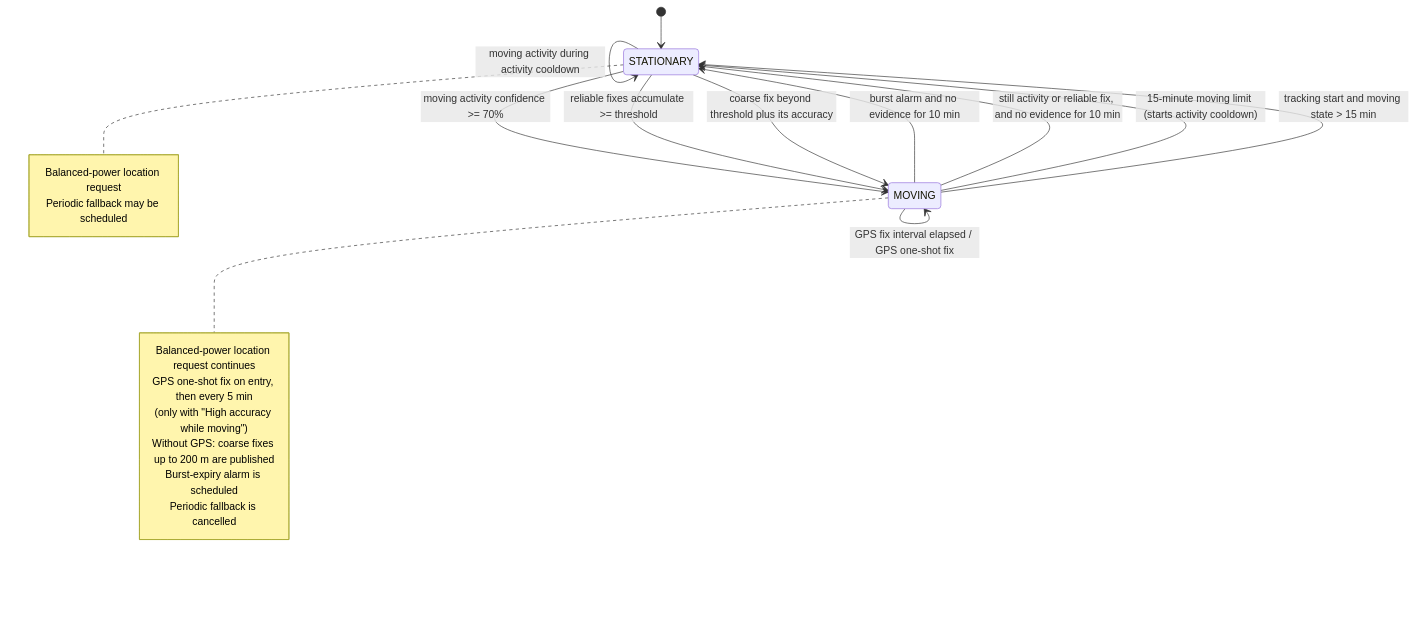
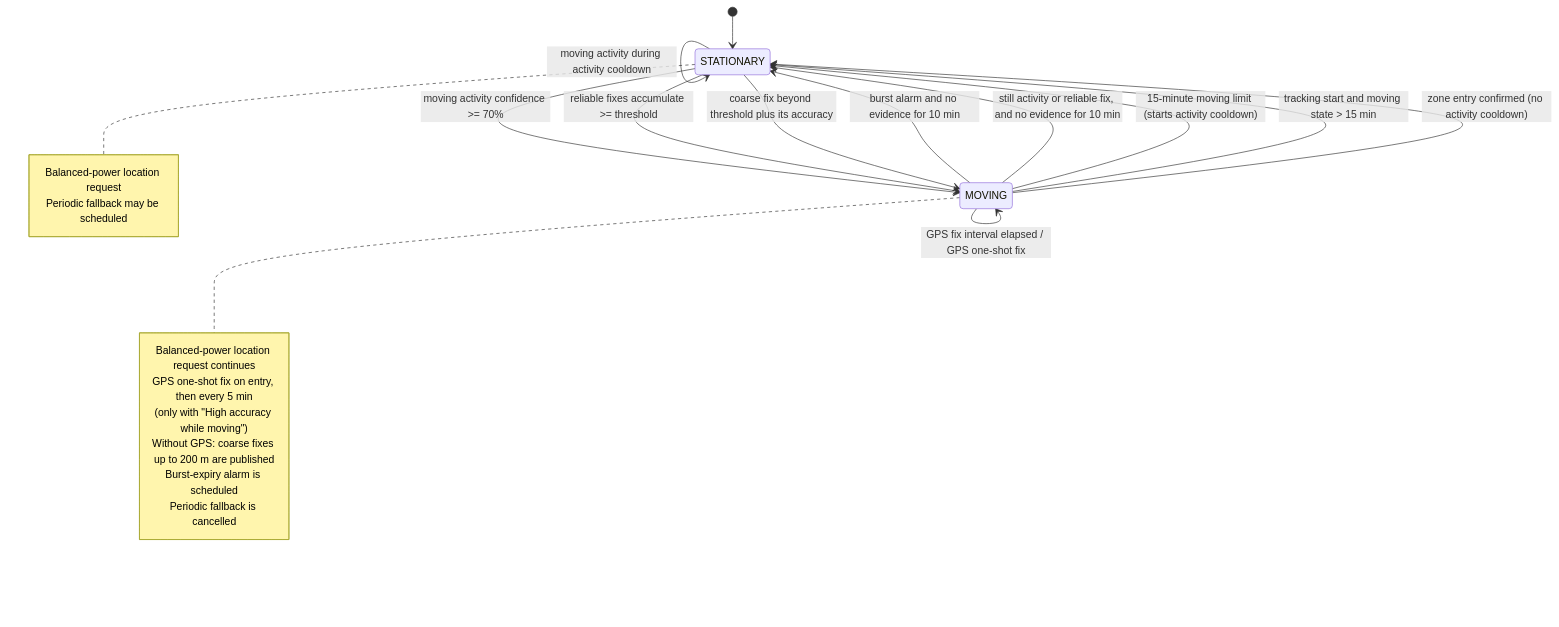
The first of 2 diagrams in docs/movement-state-diagram.md (cthulu/home-location), drawn with Mermaid before and after one commit. The commit also changed other lines of this file and 2 other files, not shown here.

Commit message:
fix: end moving mode when a zone entry is confirmed

````diff
--- a/docs/movement-state-diagram.md
+++ b/docs/movement-state-diagram.md
@@ -15,36 +15,37 @@
 ```mermaid
 stateDiagram-v2
     [*] --> STATIONARY
 
     STATIONARY --> MOVING: moving activity confidence >= 70%
     STATIONARY --> MOVING: reliable fixes accumulate >= threshold
     STATIONARY --> MOVING: coarse fix beyond threshold plus its accuracy
     STATIONARY --> STATIONARY: Wi-Fi lost / balanced verification fix
     STATIONARY --> STATIONARY: still activity
     STATIONARY --> STATIONARY: fix below movement threshold
     STATIONARY --> STATIONARY: moving activity during activity cooldown
 
     MOVING --> MOVING: moving activity / refresh evidence time
     MOVING --> MOVING: reliable fixes accumulate >= threshold / refresh evidence time
     MOVING --> MOVING: coarse fix beyond threshold plus its accuracy / refresh evidence time
     MOVING --> MOVING: GPS fix interval elapsed / GPS one-shot fix
 
     MOVING --> STATIONARY: burst alarm and no evidence for 10 min
     MOVING --> STATIONARY: still activity or reliable fix, and no evidence for 10 min
     MOVING --> STATIONARY: 15-minute moving limit (starts activity cooldown)
     MOVING --> STATIONARY: tracking start and moving state > 15 min
+    MOVING --> STATIONARY: zone entry confirmed (no activity cooldown)
 
     note right of MOVING
       Balanced-power location request continues
       GPS one-shot fix on entry, then every 5 min
       (only with "High accuracy while moving")
       Without GPS: coarse fixes up to 200 m are published
       Burst-expiry alarm is scheduled
       Periodic fallback is cancelled
     end note
 
     note right of STATIONARY
       Balanced-power location request
       Periodic fallback may be scheduled
     end note
 ```
````
